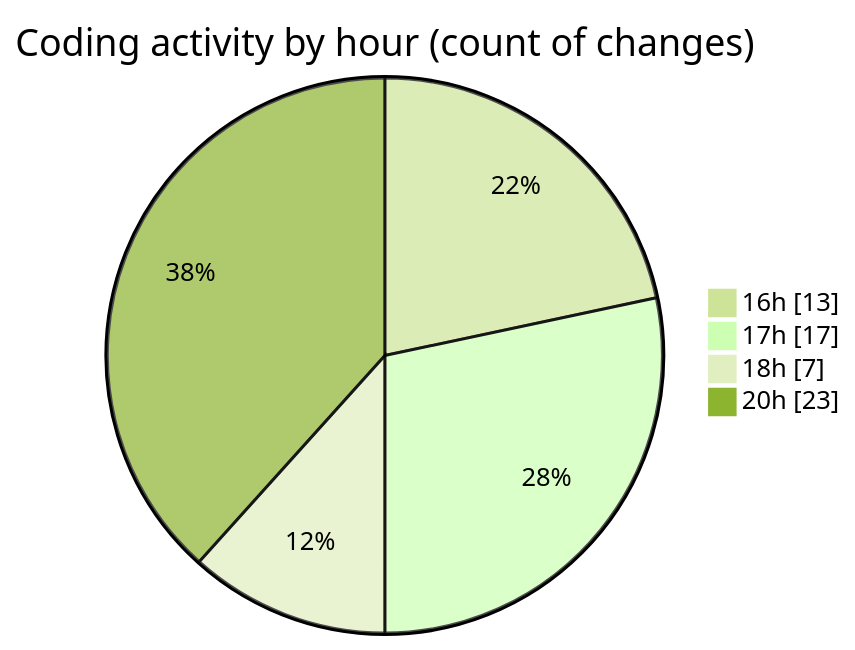
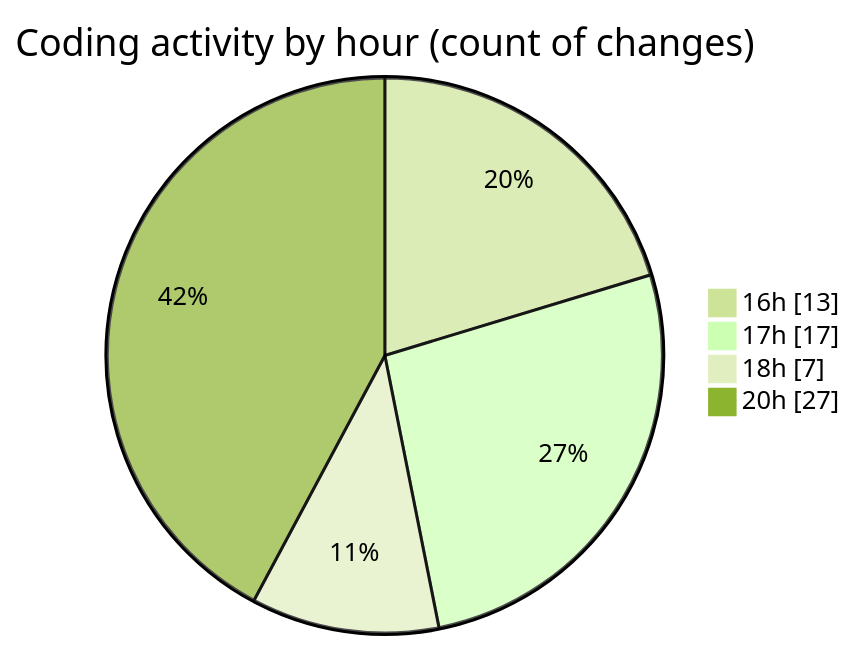
Before and after one commit to robertbonfada/code-tracking: the second of 2 diagrams in 2025-05-20/mbc-web/README.md, drawn with Mermaid (forest theme). The commit also changed other lines of this file and 1 other file, not shown here.

````diff
--- a/2025-05-20/mbc-web/README.md
+++ b/2025-05-20/mbc-web/README.md
@@ -37,8 +37,8 @@
 ```mermaid
 pie showData
 title Coding activity by hour (count of changes)
 "16h" : 13
 "17h" : 17
 "18h" : 7
-"20h" : 23
+"20h" : 27
 ```
````
